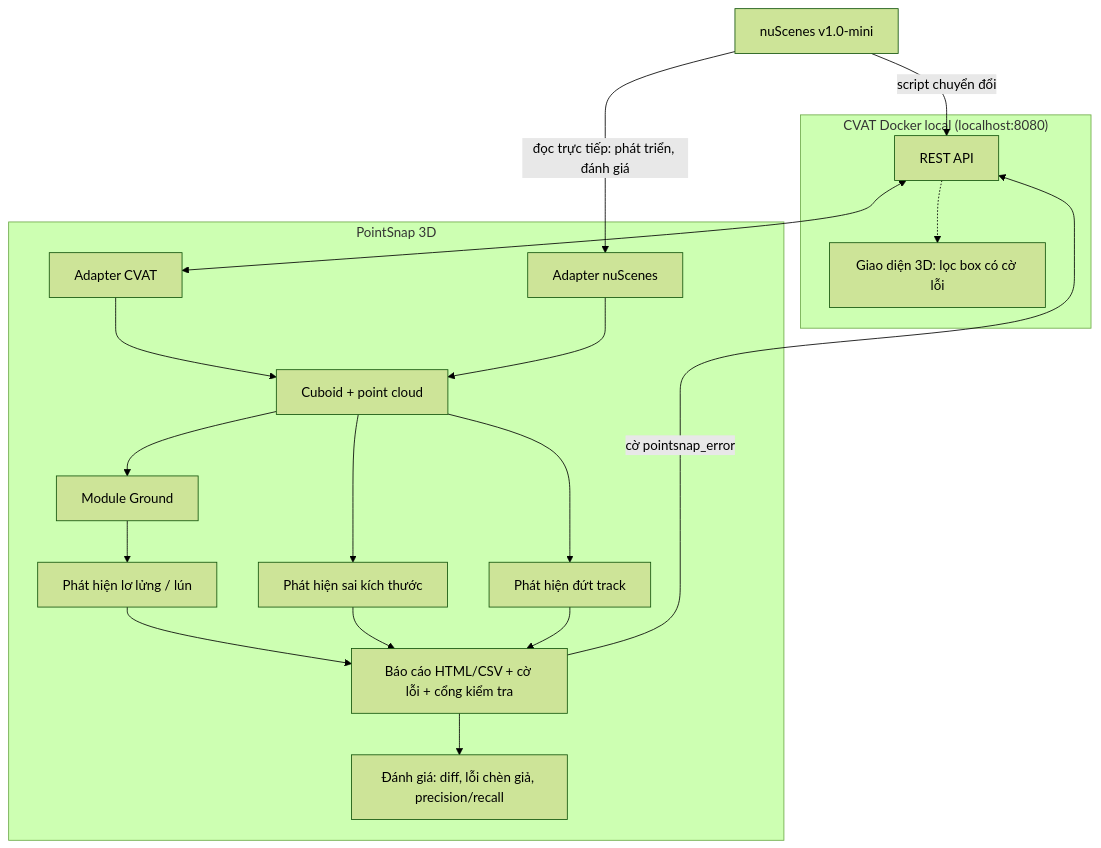
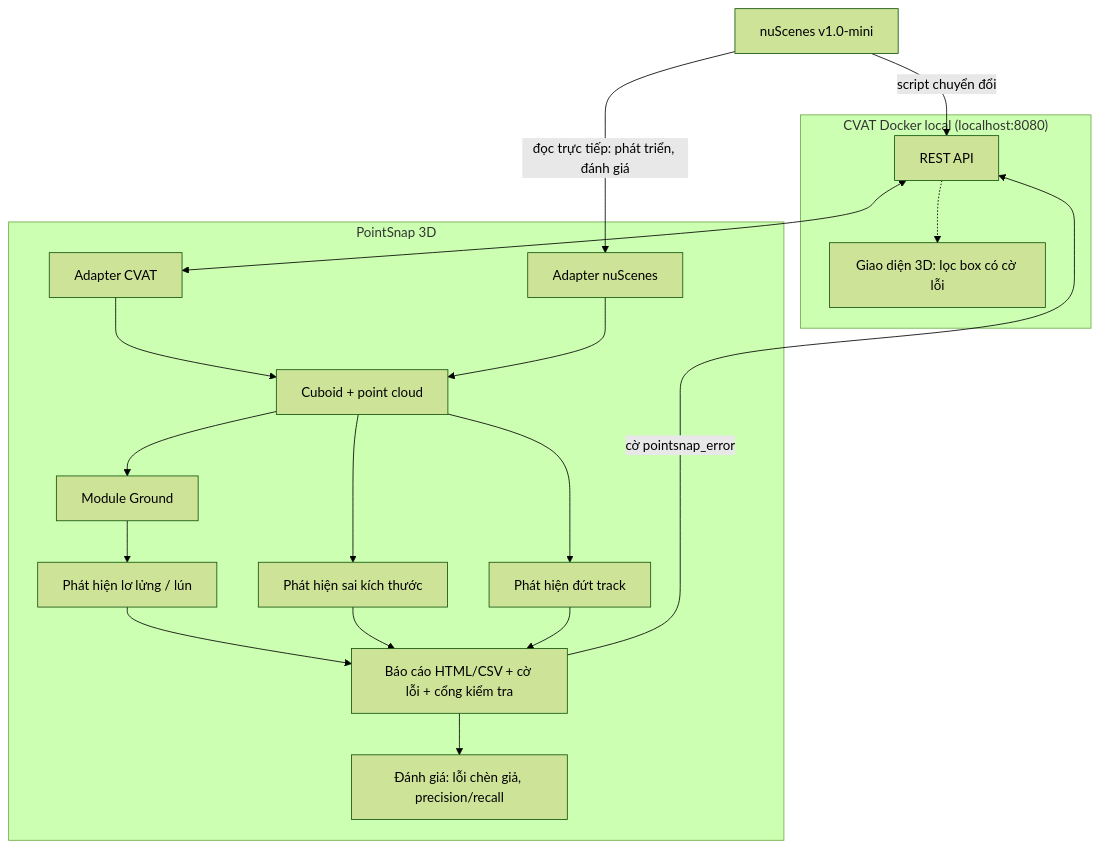
Before and after one commit to BanhKhuc04/P-029-v2: the diagram in source-tool/pointsnap-3d/de-xuat-de-tai.md, drawn with Mermaid (forest theme). The commit also changed other lines of this file and 13 other files, not shown here.

````diff
--- a/source-tool/pointsnap-3d/de-xuat-de-tai.md
+++ b/source-tool/pointsnap-3d/de-xuat-de-tai.md
@@ -147,36 +146,36 @@
 ```mermaid
 flowchart TD
   NUS["nuScenes v1.0-mini"] -->|"script chuyển đổi"| API
   NUS -->|"đọc trực tiếp: phát triển, đánh giá"| ANU
 
   subgraph CVAT_Local["CVAT Docker local (localhost:8080)"]
     API["REST API"]
     UI["Giao diện 3D: lọc box có cờ lỗi"]
   end
 
   subgraph PS["PointSnap 3D"]
     ACV["Adapter CVAT"]
     ANU["Adapter nuScenes"]
     M["Cuboid + point cloud"]
     GR["Module Ground"]
     D1["Phát hiện lơ lửng / lún"]
     D2["Phát hiện sai kích thước"]
     D3["Phát hiện đứt track"]
     REP["Báo cáo HTML/CSV + cờ lỗi + cổng kiểm tra"]
-    EV["Đánh giá: diff, lỗi chèn giả, precision/recall"]
+    EV["Đánh giá: lỗi chèn giả, precision/recall"]
   end
 
   API <--> ACV
   ACV --> M
   ANU --> M
   M --> GR
   GR --> D1
   M --> D2
   M --> D3
   D1 --> REP
   D2 --> REP
   D3 --> REP
   REP -->|"cờ pointsnap_error"| API
   API -.-> UI
   REP --> EV
 ```
````
